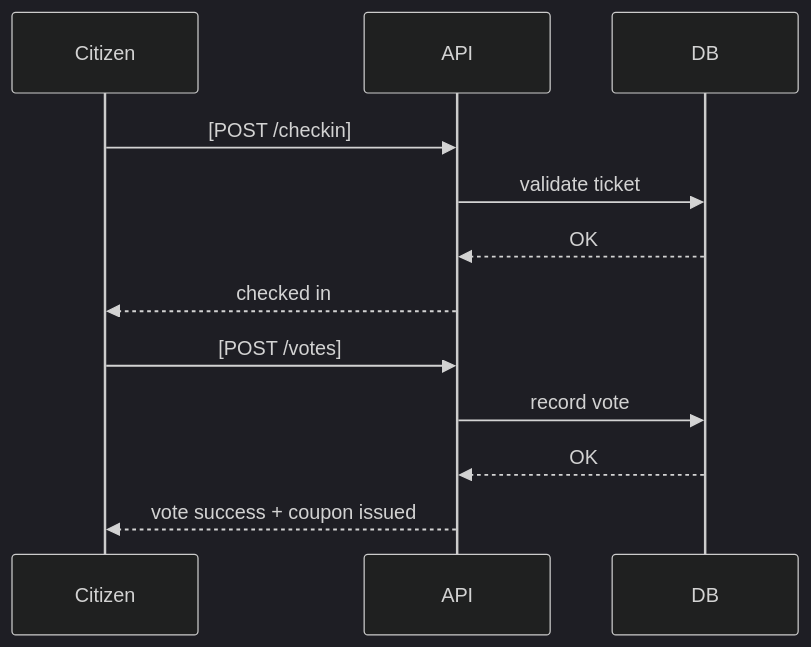
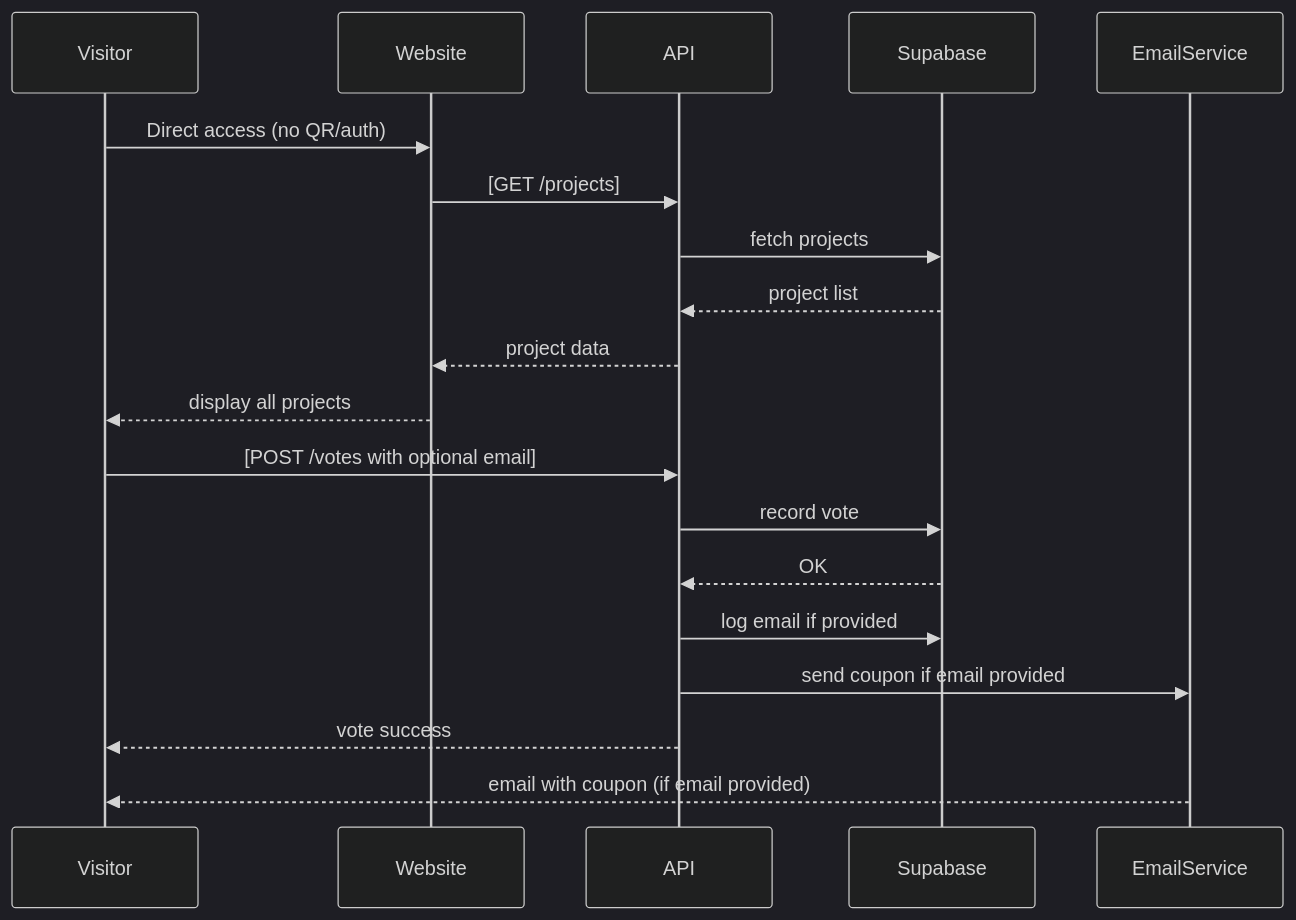
Before and after one commit to communetxyz/HackatsuonVoting: the first of 2 diagrams in voting-platform-spec.md, drawn with Mermaid (dark theme). The commit also changed other lines of this file, not shown here.

````diff
--- a/voting-platform-spec.md
+++ b/voting-platform-spec.md
@@ -96,15 +101,23 @@
 ```mermaid
 sequenceDiagram
-   participant Citizen
+   participant Visitor
+   participant Website
    participant API
-   participant DB
-   Citizen->>API: [POST /checkin]
-   API->>DB: validate ticket
-   DB-->>API: OK
-   API-->>Citizen: checked in
+   participant Supabase
+   participant EmailService
+   
+   Visitor->>Website: Direct access (no QR/auth)
+   Website->>API: [GET /projects]
+   API->>Supabase: fetch projects
+   Supabase-->>API: project list
+   API-->>Website: project data
+   Website-->>Visitor: display all projects
 
-   Citizen->>API: [POST /votes]
-   API->>DB: record vote
-   DB-->>API: OK
-   API-->>Citizen: vote success + coupon issued
+   Visitor->>API: [POST /votes with optional email]
+   API->>Supabase: record vote
+   Supabase-->>API: OK
+   API->>Supabase: log email if provided
+   API->>EmailService: send coupon if email provided
+   API-->>Visitor: vote success
+   EmailService-->>Visitor: email with coupon (if email provided)
 ```
````
